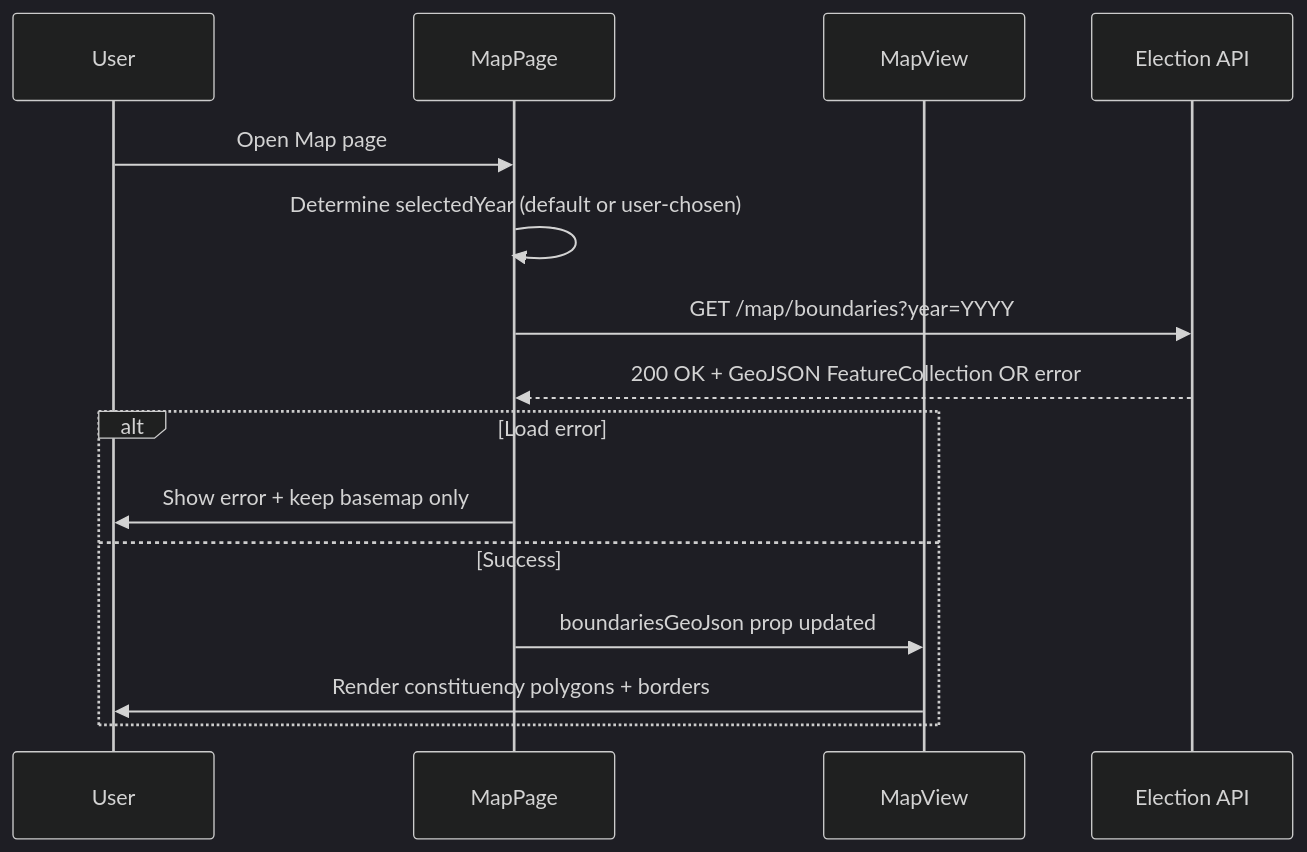
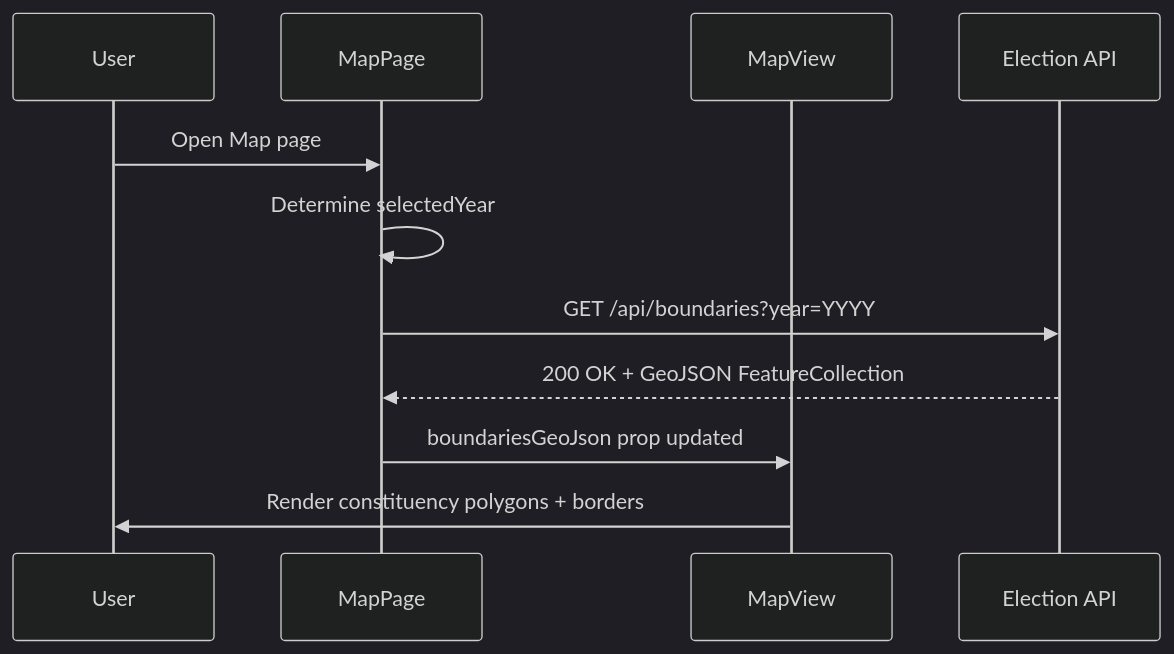
One commit to shannenlolol/SG_Election_App_SL changed the fourth of 12 diagrams in docs/Software Design Description.md. Above: the diagram before and after it, drawn with Mermaid (dark theme). The commit also changed other lines of this file and 3 other files, not shown here.

````diff
--- a/docs/Software Design Description.md
+++ b/docs/Software Design Description.md
@@ -136,19 +123,16 @@
 ```mermaid
 sequenceDiagram
     participant User
     participant MapPage
     participant MapView
     participant ElectionAPI as Election API
 
     User->>MapPage: Open Map page
-    MapPage->>MapPage: Determine selectedYear (default or user-chosen)
-    MapPage->>ElectionAPI: GET /map/boundaries?year=YYYY
-    ElectionAPI-->>MapPage: 200 OK + GeoJSON FeatureCollection OR error
+    MapPage->>MapPage: Determine selectedYear
+    MapPage->>ElectionAPI: GET /api/boundaries?year=YYYY
+    ElectionAPI-->>MapPage: 200 OK + GeoJSON FeatureCollection
 
-    alt Load error
-        MapPage->>User: Show error + keep basemap only
-    else Success
-        MapPage->>MapView: boundariesGeoJson prop updated
-        MapView->>User: Render constituency polygons + borders
-    end
+    MapPage->>MapView: boundariesGeoJson prop updated
+    MapView->>User: Render constituency polygons + borders
+
 ```
````
